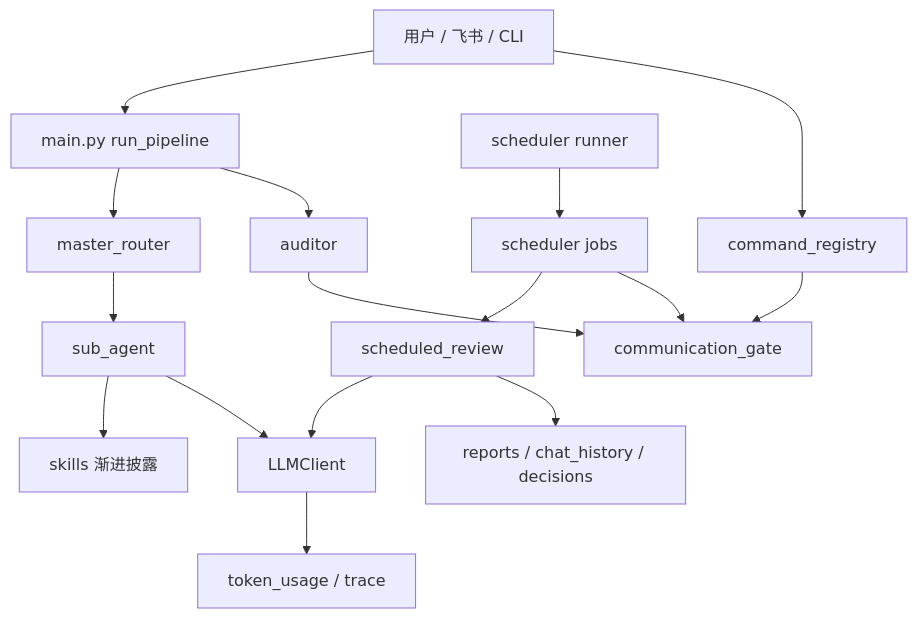
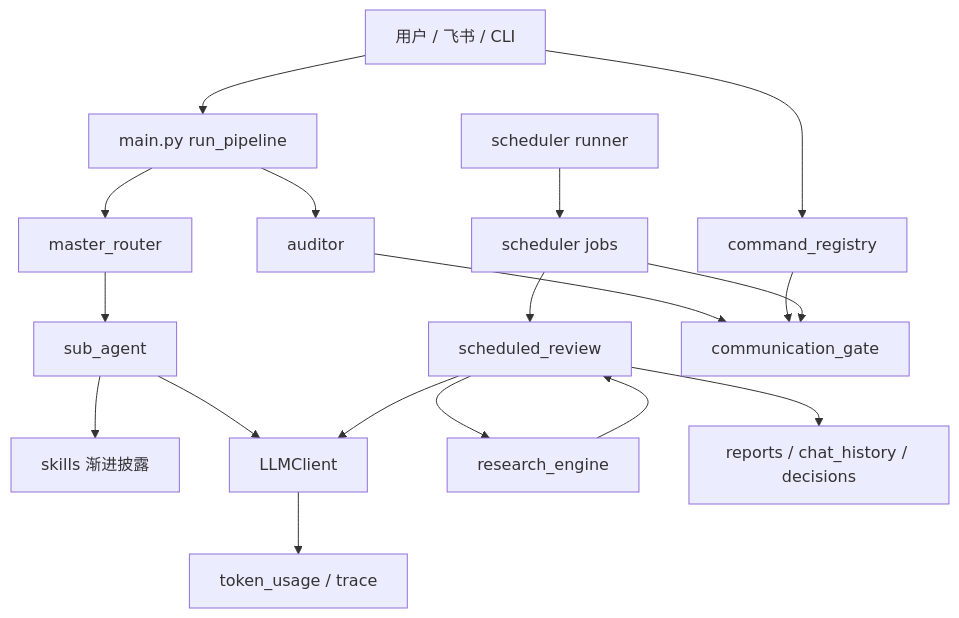
Before and after one commit to dyccodehome/private-investment-butler: the first of 10 diagrams in docs/技术架构文档.md, drawn with Mermaid. The commit also changed other lines of this file and 10 other files, not shown here.

Commit message:
Add Growth research engine MVP

````diff
--- a/docs/技术架构文档.md
+++ b/docs/技术架构文档.md
@@ -9,18 +9,20 @@
 ```mermaid
 flowchart TD
   U["用户 / 飞书 / CLI"] --> M["main.py run_pipeline"]
   U --> C["command_registry"]
   S["scheduler runner"] --> J["scheduler jobs"]
   M --> R["master_router"]
   R --> W["sub_agent"]
   W --> SK["skills 渐进披露"]
   W --> L["LLMClient"]
   J --> SR["scheduled_review"]
+  SR --> RE["research_engine"]
+  RE --> SR
   SR --> L
   L --> T["token_usage / trace"]
   M --> A["auditor"]
   A --> G["communication_gate"]
   C --> G
   J --> G
   SR --> P["reports / chat_history / decisions"]
 ```
````
